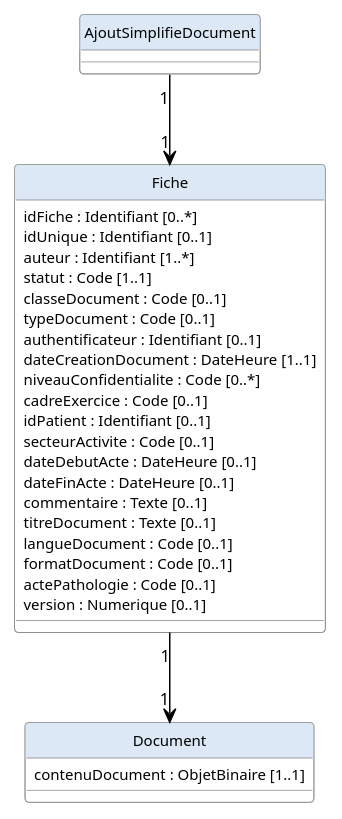
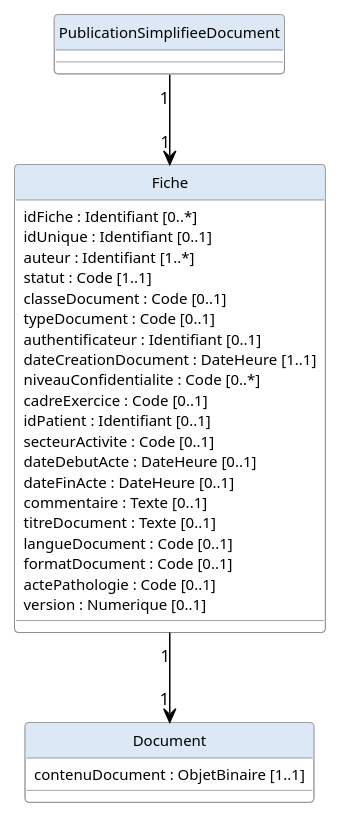
The diagram in input/images-source/fig_18.plantuml (ansforge/IG-fhir-partage-de-documents-de-sante), drawn with PlantUML before and after one commit. The commit also changed 12 other files, not shown here.

```diff
--- a/input/images-source/fig_18.plantuml
+++ b/input/images-source/fig_18.plantuml
@@ -1,48 +1,48 @@
 @startuml
 hide circle
 skinparam backgroundColor white
 skinparam DefaultFontName Arial
 skinparam DefaultFontSize 11
 
 skinparam class {
   BackgroundColor white
   BorderColor #888888
   HeaderBackgroundColor #dce8f5
   ArrowColor #000000
   FontColor #000000
   FontSize 11
 }
 skinparam ClassAttributeFontSize 10
 
-class AjoutSimplifieDocument
+class PublicationSimplifieeDocument
 
 class Fiche {
   idFiche : Identifiant [0..*]
   idUnique : Identifiant [0..1]
   auteur : Identifiant [1..*]
   statut : Code [1..1]
   classeDocument : Code [0..1]
   typeDocument : Code [0..1]
   authentificateur : Identifiant [0..1]
   dateCreationDocument : DateHeure [1..1]
   niveauConfidentialite : Code [0..*]
   cadreExercice : Code [0..1]
   idPatient : Identifiant [0..1]
   secteurActivite : Code [0..1]
   dateDebutActe : DateHeure [0..1]
   dateFinActe : DateHeure [0..1]
   commentaire : Texte [0..1]
   titreDocument : Texte [0..1]
   langueDocument : Code [0..1]
   formatDocument : Code [0..1]
   actePathologie : Code [0..1]
   version : Numerique [0..1]
 }
 
 class Document {
   contenuDocument : ObjetBinaire [1..1]
 }
 
-AjoutSimplifieDocument "1" --> "1" Fiche
+PublicationSimplifieeDocument "1" --> "1" Fiche
 Fiche "1" --> "1" Document
 @enduml
```
